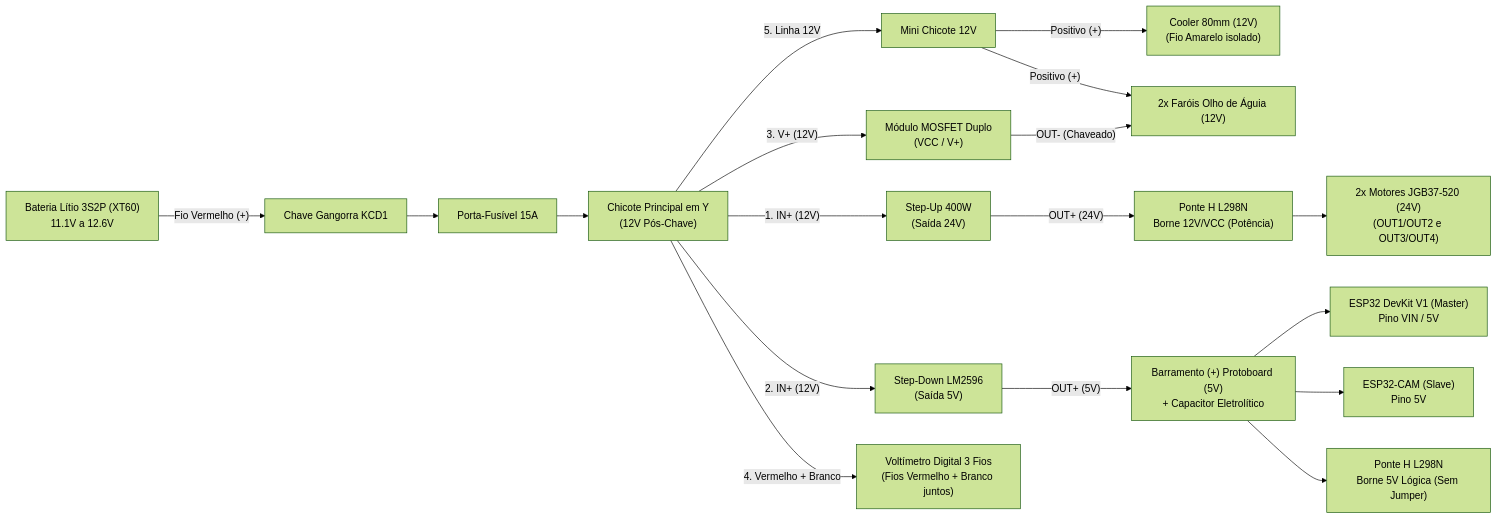
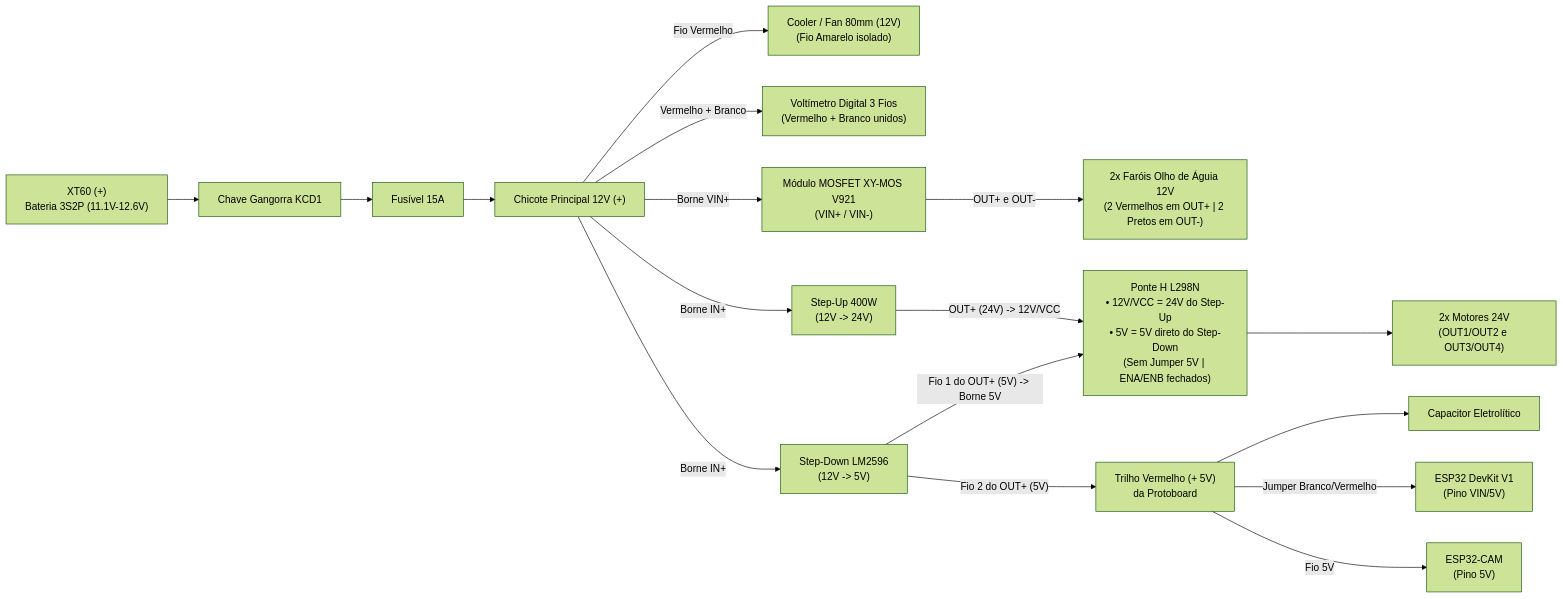
One commit to TacioMoreira25/robo-inspetor changed the first of 2 diagrams in docs/01_visao_geral.md. Above: the diagram before and after it, drawn with Mermaid (forest theme). The commit also changed other lines of this file and 29 other files, not shown here.

````diff
--- a/docs/01_visao_geral.md
+++ b/docs/01_visao_geral.md
@@ -11,42 +16,41 @@
 ```mermaid
 flowchart LR
-    BAT["Bateria Lítio 3S2P (XT60)<br/>11.1V a 12.6V"]
+    BAT_POS["XT60 (+)<br/>Bateria 3S2P (11.1V-12.6V)"]
     KCD["Chave Gangorra KCD1"]
-    FUS["Porta-Fusível 15A"]
-    CHICOTE["Chicote Principal em Y<br/>(12V Pós-Chave)"]
-    MINI12["Mini Chicote 12V"]
+    FUS["Fusível 15A"]
+    CHICOTE_POS["Chicote Principal 12V (+)"]
 
-    STEPUP["Step-Up 400W<br/>(Saída 24V)"]
-    STEPDOWN["Step-Down LM2596<br/>(Saída 5V)"]
-    MOSFET["Módulo MOSFET Duplo<br/>(VCC / V+)"]
-    VOLT["Voltímetro Digital 3 Fios<br/>(Fios Vermelho + Branco juntos)"]
-    COOLER["Cooler 80mm (12V)<br/>(Fio Amarelo isolado)"]
-    FAROIS["2x Faróis Olho de Águia (12V)"]
+    COOLER["Cooler / Fan 80mm (12V)<br/>(Fio Amarelo isolado)"]
+    VOLT["Voltímetro Digital 3 Fios<br/>(Vermelho + Branco unidos)"]
+    MOS["Módulo MOSFET XY-MOS V921<br/>(VIN+ / VIN-)"]
+    FAROIS["2x Faróis Olho de Águia 12V<br/>(2 Vermelhos em OUT+ | 2 Pretos em OUT-)"]
 
-    L298N_24["Ponte H L298N<br/>Borne 12V/VCC (Potência)"]
-    MOTORES["2x Motores JGB37-520 (24V)<br/>(OUT1/OUT2 e OUT3/OUT4)"]
+    STEPUP["Step-Up 400W<br/>(12V -> 24V)"]
+    STEPDOWN["Step-Down LM2596<br/>(12V -> 5V)"]
 
-    PROTO5V["Barramento (+) Protoboard (5V)<br/>+ Capacitor Eletrolítico"]
-    DEVKIT["ESP32 DevKit V1 (Master)<br/>Pino VIN / 5V"]
-    CAM["ESP32-CAM (Slave)<br/>Pino 5V"]
-    L298N_5V["Ponte H L298N<br/>Borne 5V Lógica (Sem Jumper)"]
+    L298N["Ponte H L298N<br/>• 12V/VCC = 24V do Step-Up<br/>• 5V = 5V direto do Step-Down<br/>(Sem Jumper 5V | ENA/ENB fechados)"]
+    MOTORES["2x Motores 24V<br/>(OUT1/OUT2 e OUT3/OUT4)"]
 
-    BAT -->|"Fio Vermelho (+)"| KCD --> FUS --> CHICOTE
+    TRILHO_5V["Trilho Vermelho (+ 5V)<br/>da Protoboard"]
+    CAP["Capacitor Eletrolítico"]
+    DEV["ESP32 DevKit V1<br/>(Pino VIN/5V)"]
+    CAM["ESP32-CAM<br/>(Pino 5V)"]
 
-    CHICOTE -->|"1. IN+ (12V)"| STEPUP
-    CHICOTE -->|"2. IN+ (12V)"| STEPDOWN
-    CHICOTE -->|"3. V+ (12V)"| MOSFET
-    CHICOTE -->|"4. Vermelho + Branco"| VOLT
-    CHICOTE -->|"5. Linha 12V"| MINI12
+    BAT_POS --> KCD --> FUS --> CHICOTE_POS
 
-    MINI12 -->|"Positivo (+)"| COOLER
-    MINI12 -->|"Positivo (+)"| FAROIS
-    MOSFET -->|"OUT- (Chaveado)"| FAROIS
+    CHICOTE_POS -->|"Fio Vermelho"| COOLER
+    CHICOTE_POS -->|"Vermelho + Branco"| VOLT
+    CHICOTE_POS -->|"Borne VIN+"| MOS
+    MOS -->|"OUT+ e OUT-"| FAROIS
 
-    STEPUP -->|"OUT+ (24V)"| L298N_24 --> MOTORES
+    CHICOTE_POS -->|"Borne IN+"| STEPUP
+    STEPUP -->|"OUT+ (24V) -> 12V/VCC"| L298N --> MOTORES
 
-    STEPDOWN -->|"OUT+ (5V)"| PROTO5V
-    PROTO5V --> DEVKIT
-    PROTO5V --> CAM
-    PROTO5V --> L298N_5V
+    CHICOTE_POS -->|"Borne IN+"| STEPDOWN
+    STEPDOWN -->|"Fio 1 do OUT+ (5V) -> Borne 5V"| L298N
+    STEPDOWN -->|"Fio 2 do OUT+ (5V)"| TRILHO_5V
+
+    TRILHO_5V --> CAP
+    TRILHO_5V -->|"Jumper Branco/Vermelho"| DEV
+    TRILHO_5V -->|"Fio 5V"| CAM
 ```
````
